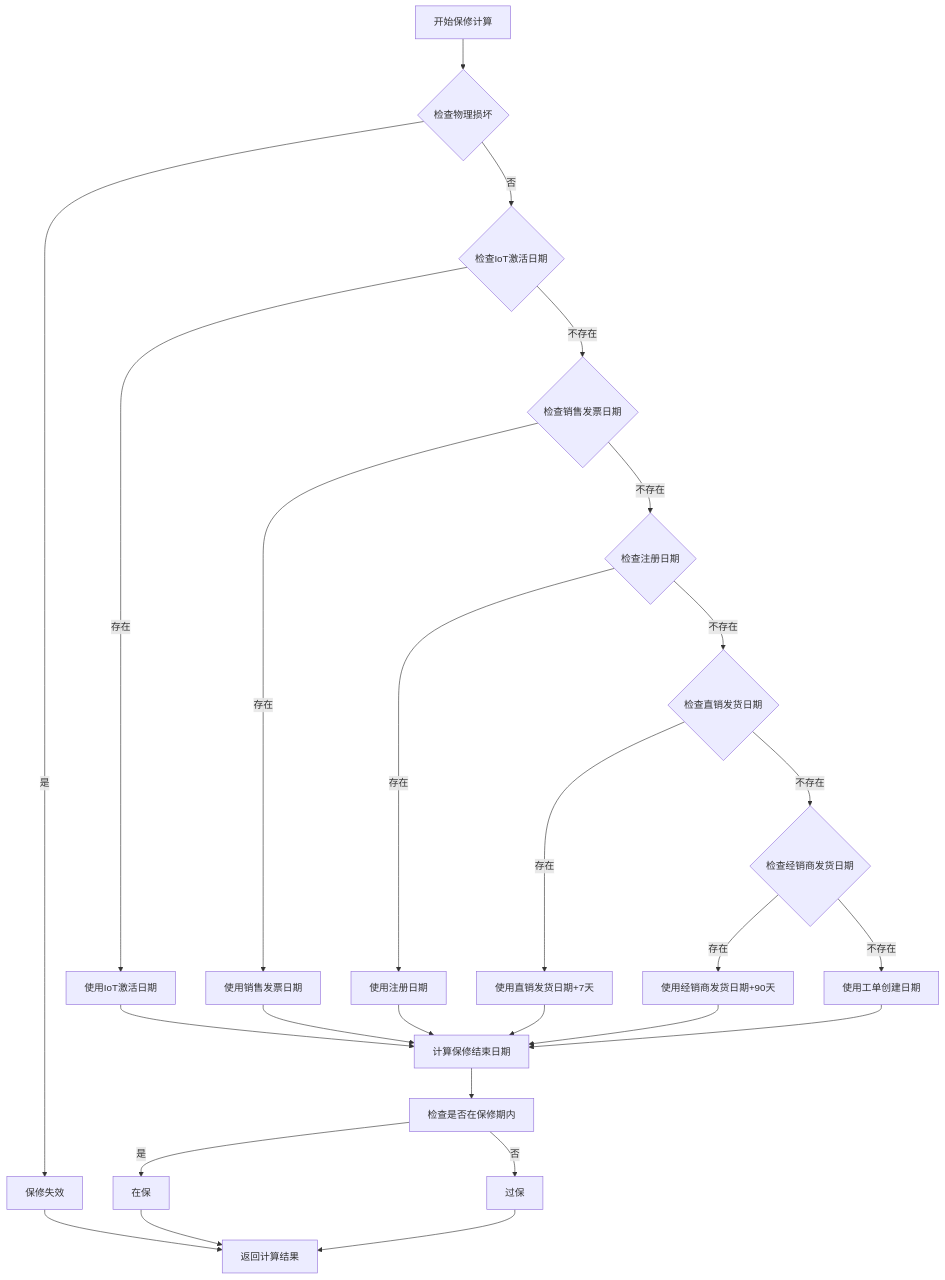
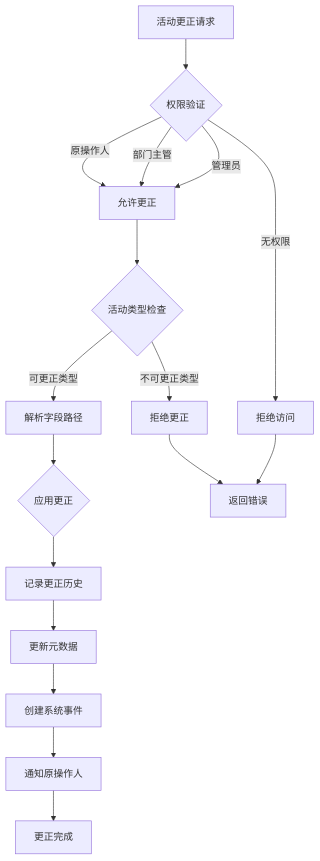
Diagram 14 of 27 in .qoder/repowiki/zh/content/前端组件架构/服务工作流增强/服务工作流增强.md (CubeEdge/Longhorn), drawn with Mermaid before and after one commit. The commit also changed other lines of this file and 26 other files, not shown here.

````diff
--- a/.qoder/repowiki/zh/content/前端组件架构/服务工作流增强/服务工作流增强.md
+++ b/.qoder/repowiki/zh/content/前端组件架构/服务工作流增强/服务工作流增强.md
@@ -835,28 +755,19 @@
 ```mermaid
 flowchart TD
-A[开始保修计算] --> B{检查物理损坏}
-B --> |是| C[保修失效]
-B --> |否| D{检查IoT激活日期}
-D --> |存在| E[使用IoT激活日期]
-D --> |不存在| F{检查销售发票日期}
-F --> |存在| G[使用销售发票日期]
-F --> |不存在| H{检查注册日期}
-H --> |存在| I[使用注册日期]
-H --> |不存在| J{检查直销发货日期}
-J --> |存在| K[使用直销发货日期+7天]
-J --> |不存在| L{检查经销商发货日期}
-L --> |存在| M[使用经销商发货日期+90天]
-L --> |不存在| N[使用工单创建日期]
-E --> O[计算保修结束日期]
-G --> O
-I --> O
-K --> O
-M --> O
-N --> O
-O --> P[检查是否在保修期内]
-P --> |是| Q[在保]
-P --> |否| R[过保]
-C --> S[返回计算结果]
-Q --> S
-R --> S
+A[活动更正请求] --> B{权限验证}
+B --> |原操作人| C[允许更正]
+B --> |部门主管| C
+B --> |管理员| C
+B --> |无权限| D[拒绝访问]
+C --> E{活动类型检查}
+E --> |可更正类型| F[解析字段路径]
+E --> |不可更正类型| G[拒绝更正]
+F --> H{应用更正}
+H --> I[记录更正历史]
+I --> J[更新元数据]
+J --> K[创建系统事件]
+K --> L[通知原操作人]
+L --> M[更正完成]
+D --> N[返回错误]
+G --> N
 ```
````
